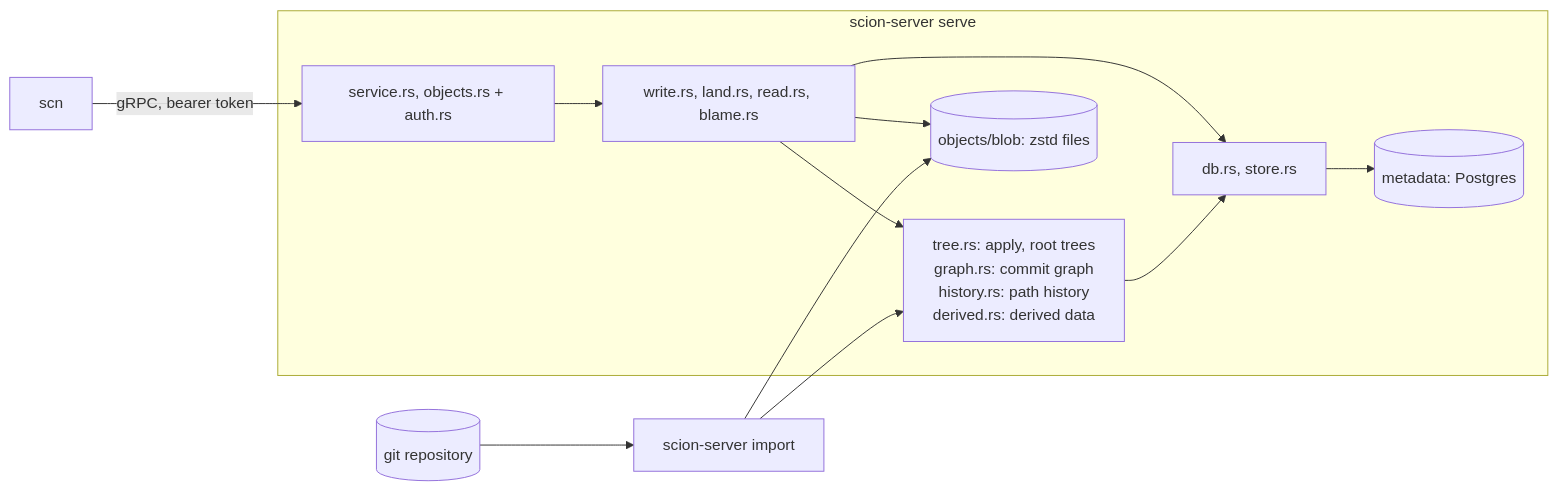
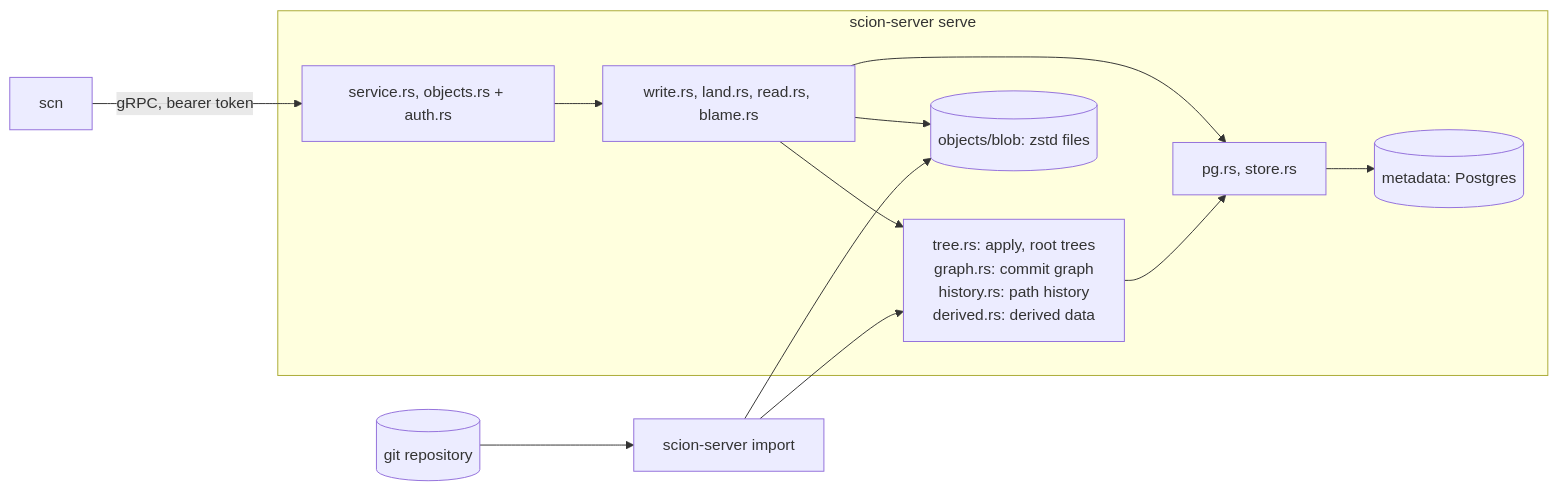
One commit to bnsd55/openscion changed the first of 4 diagrams in docs/architecture.md. Above: the diagram before and after it, drawn with Mermaid. The commit also changed other lines of this file, not shown here.

First line of the commit message:
docs: the architecture page names the files that exist

````diff
--- a/docs/architecture.md
+++ b/docs/architecture.md
@@ -24,15 +24,15 @@
 ```mermaid
 flowchart LR
     scn["scn"] -->|"gRPC, bearer token"| svc
     subgraph serve["scion-server serve"]
         svc["service.rs, objects.rs + auth.rs"] --> ops["write.rs, land.rs, read.rs, blame.rs"]
         ops --> tree["tree.rs: apply, root trees<br/>graph.rs: commit graph<br/>history.rs: path history<br/>derived.rs: derived data"]
-        ops --> db["db.rs, store.rs"]
+        ops --> db["pg.rs, store.rs"]
         tree --> db
         db --> pg[("metadata: Postgres")]
         ops --> blobs[("objects/blob: zstd files")]
     end
     git[("git repository")] --> imp["scion-server import"]
     imp --> tree
     imp --> blobs
 ```
````
